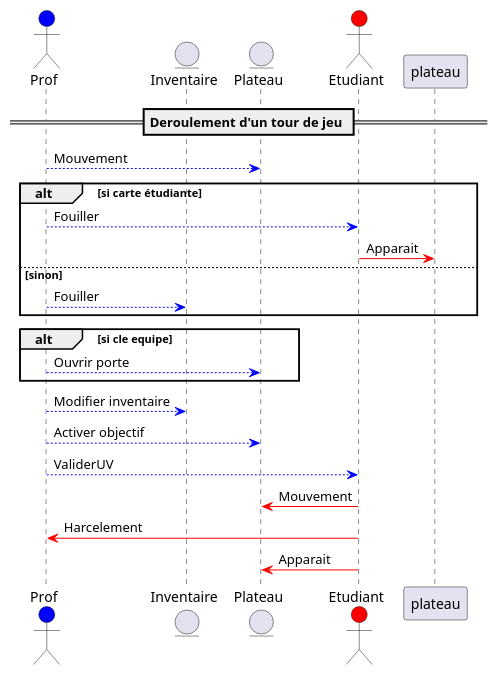
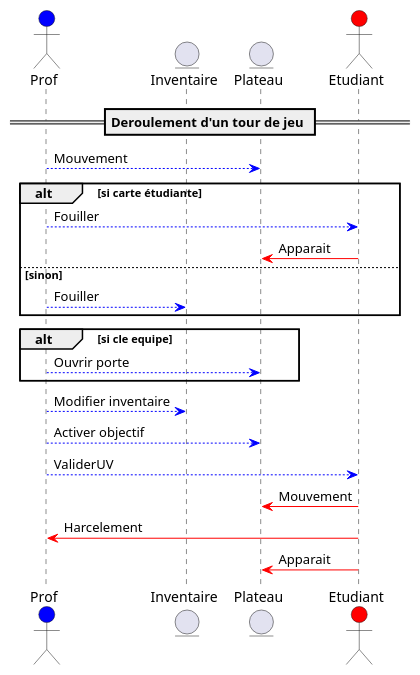
The diagram in UML/UML_Sequence.puml (Erathriel/Projet_LO43), drawn with PlantUML before and after one commit. The commit also changed 3 other files, not shown here.

```diff
--- a/UML/UML_Sequence.puml
+++ b/UML/UML_Sequence.puml
@@ -1,25 +1,25 @@
 @startuml
 actor Prof #blue
 entity Inventaire
 entity Plateau
 actor Etudiant #red
 
 == Deroulement d'un tour de jeu ==
 
 Prof --[#blue]> Plateau : Mouvement
 alt si carte étudiante
     Prof --[#blue]> Etudiant : Fouiller
-    Etudiant -[#red]> plateau : Apparait
+    Etudiant -[#red]> Plateau : Apparait
 else sinon
     Prof --[#blue]> Inventaire : Fouiller
 end
 alt si cle equipe
     Prof --[#blue]> Plateau : Ouvrir porte
 end
 Prof --[#blue]> Inventaire : Modifier inventaire
 Prof --[#blue]> Plateau : Activer objectif
 Prof --[#blue]> Etudiant : ValiderUV
 Etudiant -[#red]> Plateau : Mouvement
 Etudiant -[#red]> Prof : Harcelement
 Etudiant -[#red]> Plateau : Apparait
 @enduml
```
